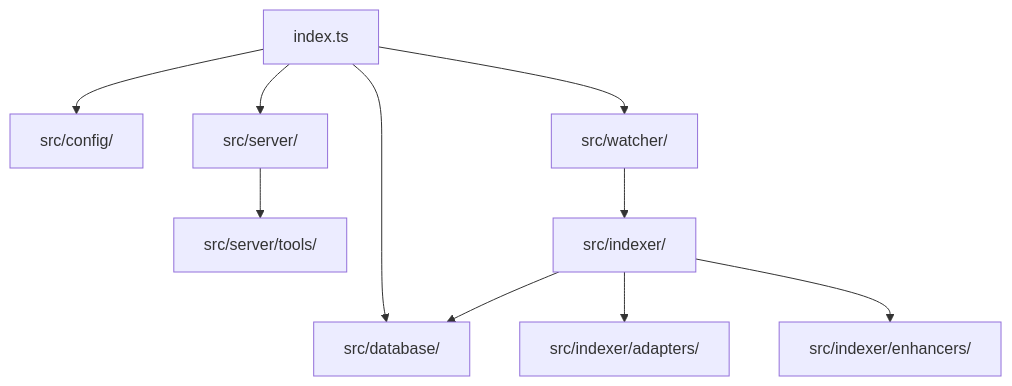
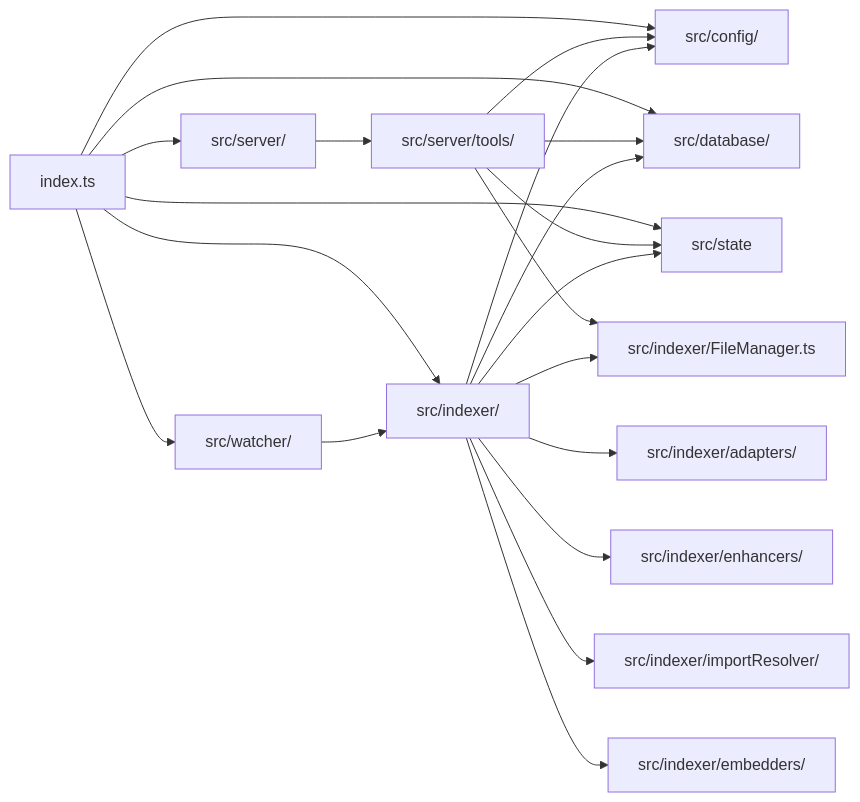
The diagram in AGENTS.md (mdudeja/agentic_indexer_mcp), drawn with Mermaid before and after one commit. The commit also changed other lines of this file and 2 other files, not shown here.

Commit message:
feat: update architecture diagram and enhance README with import resolver details; bump version to 1.0.1

````diff
--- a/AGENTS.md
+++ b/AGENTS.md
@@ -13,12 +13,23 @@
 ```mermaid
-graph TD
+graph LR
     CLI[index.ts] --> Config[src/config/]
     CLI --> DB[src/database/]
     CLI --> Server[src/server/]
+    CLI --> Indexer[src/indexer/]
     CLI --> Watcher[src/watcher/]
+    CLI --> AppState[src/state]
     Server --> Tools[src/server/tools/]
+    Tools --> DB
+    Tools --> Config
+    Tools --> AppState
+    Tools --> FileManager[src/indexer/FileManager.ts]
     Watcher --> Indexer[src/indexer/]
     Indexer --> Adapters[src/indexer/adapters/]
     Indexer --> Enhancers[src/indexer/enhancers/]
+    Indexer --> ImportResolver[src/indexer/importResolver/]
+    Indexer --> Embedders[src/indexer/embedders/]
     Indexer --> DB
+    Indexer --> Config
+    Indexer --> FileManager
+    Indexer --> AppState
 ```
````
